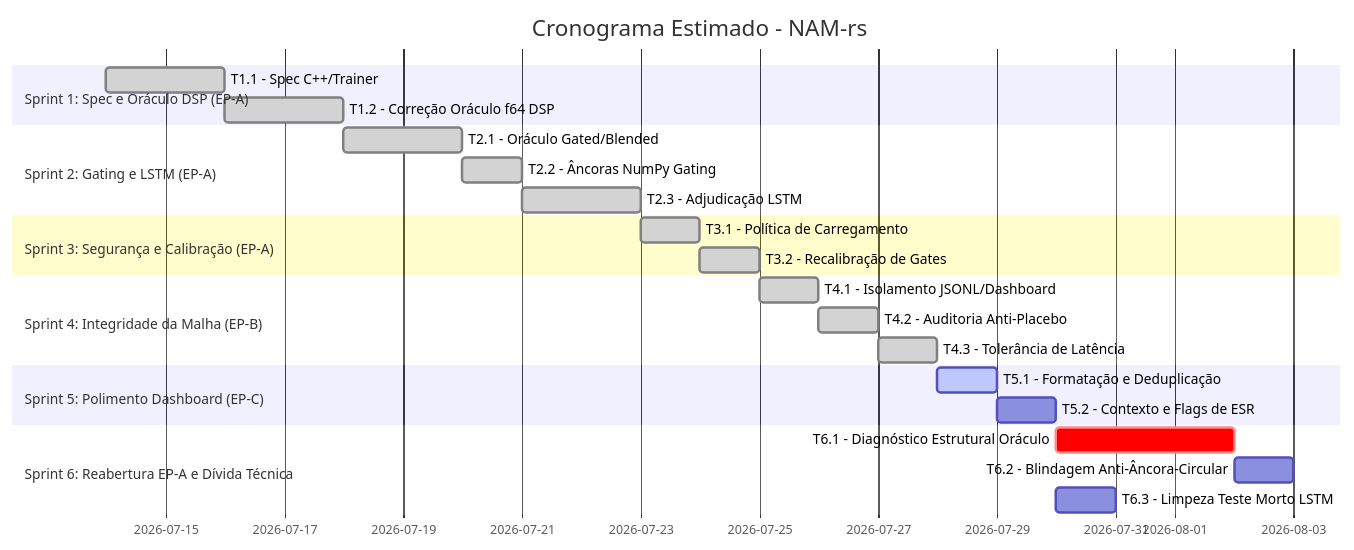
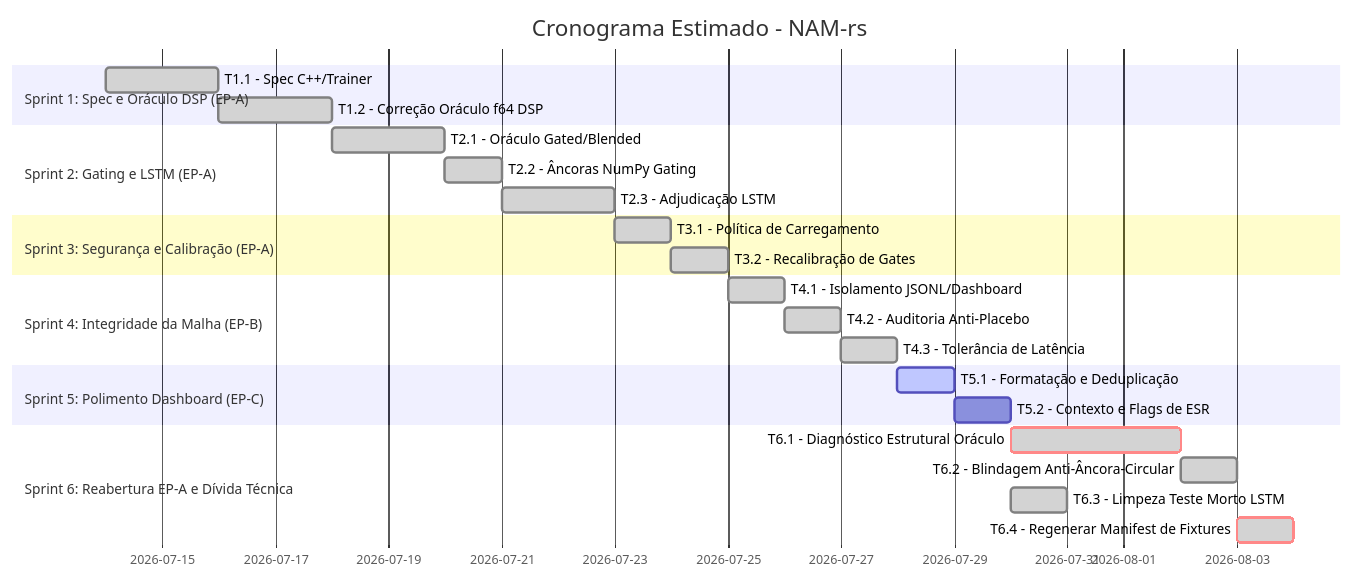
One commit to fabiohl/nam-rs changed the diagram in TODO-sprints.md. Above: the diagram before and after it, drawn with Mermaid. The commit also changed other lines of this file and 3 other files, not shown here.

````diff
--- a/TODO-sprints.md
+++ b/TODO-sprints.md
@@ -55,26 +58,27 @@
 ```mermaid
 gantt
     title Cronograma Estimado - NAM-rs
     dateFormat  YYYY-MM-DD
     section Sprint 1: Spec e Oráculo DSP (EP-A)
     T1.1 - Spec C++/Trainer          :done, t1_1, 2026-07-14, 2d
     T1.2 - Correção Oráculo f64 DSP  :done, t1_2, after t1_1, 2d
     section Sprint 2: Gating e LSTM (EP-A)
     T2.1 - Oráculo Gated/Blended     :done, t2_1, after t1_2, 2d
     T2.2 - Âncoras NumPy Gating      :done, t2_2, after t2_1, 1d
     T2.3 - Adjudicação LSTM          :done, t2_3, after t2_2, 2d
     section Sprint 3: Segurança e Calibração (EP-A)
     T3.1 - Política de Carregamento  :done, t3_1, after t2_3, 1d
     T3.2 - Recalibração de Gates     :done, t3_2, after t3_1, 1d
     section Sprint 4: Integridade da Malha (EP-B)
     T4.1 - Isolamento JSONL/Dashboard :done, t4_1, after t3_2, 1d
     T4.2 - Auditoria Anti-Placebo    :done, t4_2, after t4_1, 1d
     T4.3 - Tolerância de Latência     :done, t4_3, after t4_2, 1d
     section Sprint 5: Polimento Dashboard (EP-C)
     T5.1 - Formatação e Deduplicação  :active, t5_1, after t4_3, 1d
     T5.2 - Contexto e Flags de ESR    :t5_2, after t5_1, 1d
     section Sprint 6: Reabertura EP-A e Dívida Técnica
-    T6.1 - Diagnóstico Estrutural Oráculo :crit, t6_1, after t5_2, 3d
-    T6.2 - Blindagem Anti-Âncora-Circular  :t6_2, after t6_1, 1d
-    T6.3 - Limpeza Teste Morto LSTM        :t6_3, after t5_2, 1d
+    T6.1 - Diagnóstico Estrutural Oráculo :done, crit, t6_1, after t5_2, 3d
+    T6.2 - Blindagem Anti-Âncora-Circular  :done, t6_2, after t6_1, 1d
+    T6.3 - Limpeza Teste Morto LSTM        :done, t6_3, after t5_2, 1d
+    T6.4 - Regenerar Manifest de Fixtures  :done, crit, t6_4, after t6_2, 1d
 ```
````
